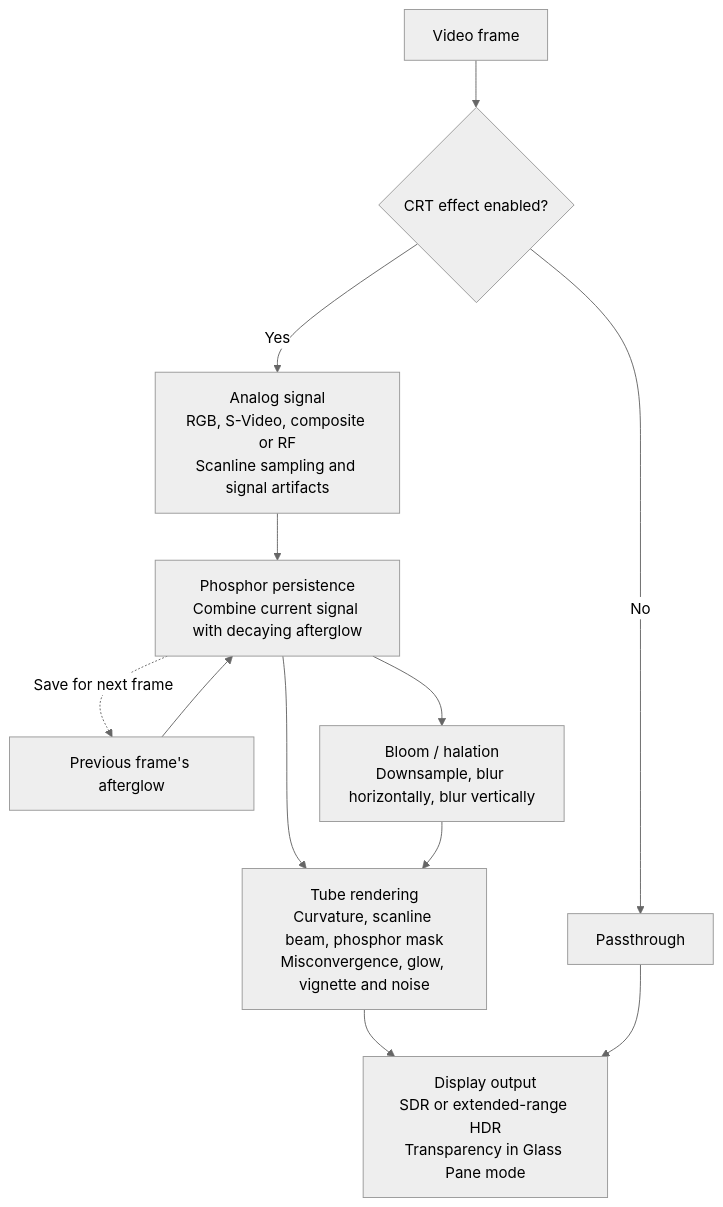
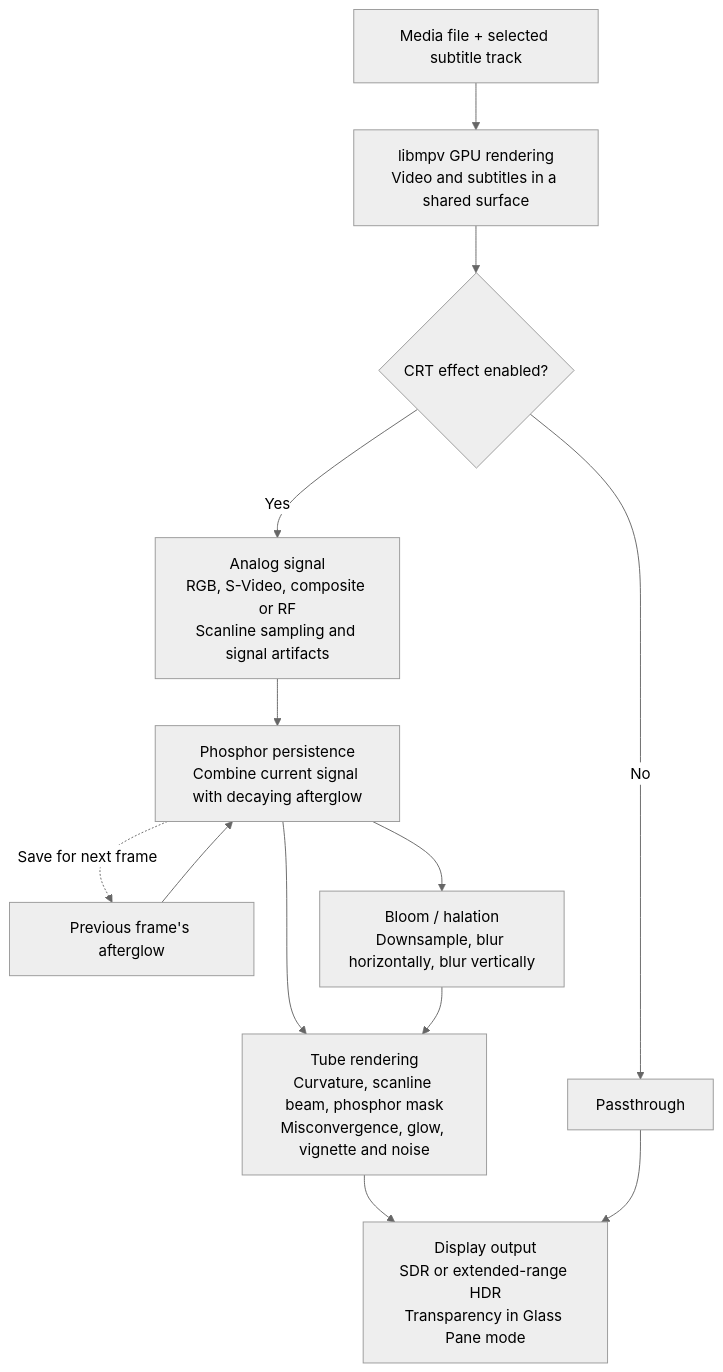
One commit to adit-chandra/crt-sim changed the diagram in README.md. Above: the diagram before and after it, drawn with Mermaid (neutral theme). The commit also changed other lines of this file and 24 other files, not shown here.

Commit message:
Add MKV playback and CRT-rendered subtitle selection

````diff
--- a/README.md
+++ b/README.md
@@ -76,14 +99,15 @@
 ```mermaid
 flowchart TD
-    source["Video frame"] --> enabled{"CRT effect enabled?"}
+    media["Media file + selected subtitle track"] --> source["libmpv GPU rendering<br/>Video and subtitles in a shared surface"]
+    source --> enabled{"CRT effect enabled?"}
     enabled -->|Yes| signal["Analog signal<br/>RGB, S-Video, composite or RF<br/>Scanline sampling and signal artifacts"]
     enabled -->|No| bypass["Passthrough"]
     signal --> persist["Phosphor persistence<br/>Combine current signal with decaying afterglow"]
     history["Previous frame's afterglow"] --> persist
     persist -.->|Save for next frame| history
     persist --> bloom["Bloom / halation<br/>Downsample, blur horizontally, blur vertically"]
     persist --> tube["Tube rendering<br/>Curvature, scanline beam, phosphor mask<br/>Misconvergence, glow, vignette and noise"]
     bloom --> tube
     tube --> output["Display output<br/>SDR or extended-range HDR<br/>Transparency in Glass Pane mode"]
     bypass --> output
 ```
````
